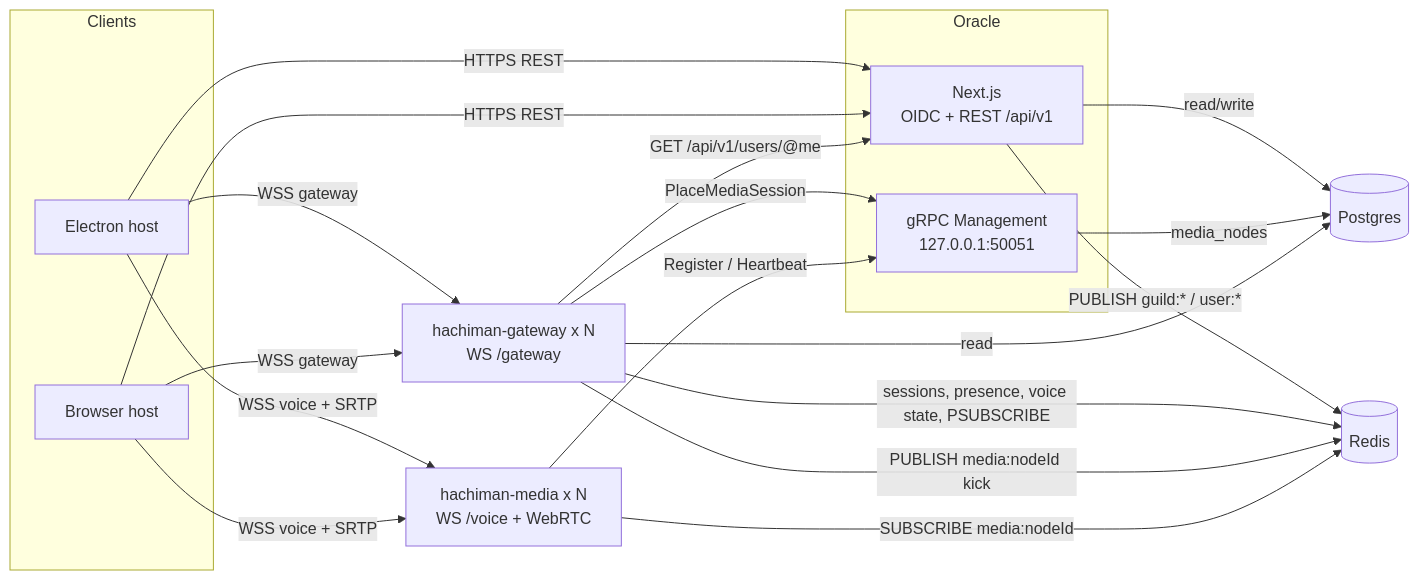
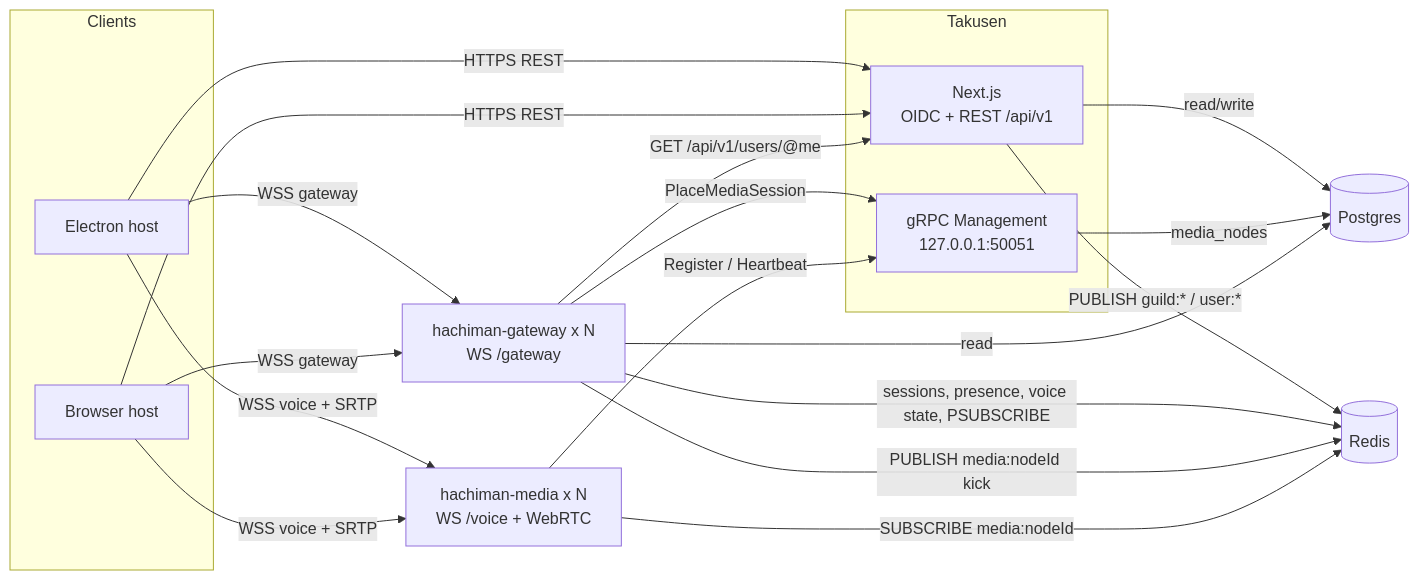
Before and after one commit to dan-hummelstad/hachiman: the first of 4 diagrams in README.md, drawn with Mermaid. The commit also changed other lines of this file and 337 other files, not shown here.

````diff
--- a/README.md
+++ b/README.md
@@ -25,29 +25,29 @@
 ```mermaid
 flowchart LR
   subgraph Clients
     E[Electron host]
     B[Browser host]
   end
-  subgraph Oracle
+  subgraph Takusen
     O[Next.js<br/>OIDC + REST /api/v1]
     OG[gRPC Management<br/>127.0.0.1:50051]
   end
   G[hachiman-gateway x N<br/>WS /gateway]
   M[hachiman-media x N<br/>WS /voice + WebRTC]
   PG[(Postgres)]
   R[(Redis)]
 
   E & B -- HTTPS REST --> O
   E & B -- WSS gateway --> G
   E & B -- WSS voice + SRTP --> M
   O -- read/write --> PG
   O -- PUBLISH guild:* / user:* --> R
   OG -- media_nodes --> PG
   G -- read --> PG
   G -- sessions, presence, voice state, PSUBSCRIBE --> R
   G -- GET /api/v1/users/@me --> O
   G -- PlaceMediaSession --> OG
   G -- PUBLISH media:nodeId kick --> R
   M -- Register / Heartbeat --> OG
   M -- SUBSCRIBE media:nodeId --> R
 ```
````
